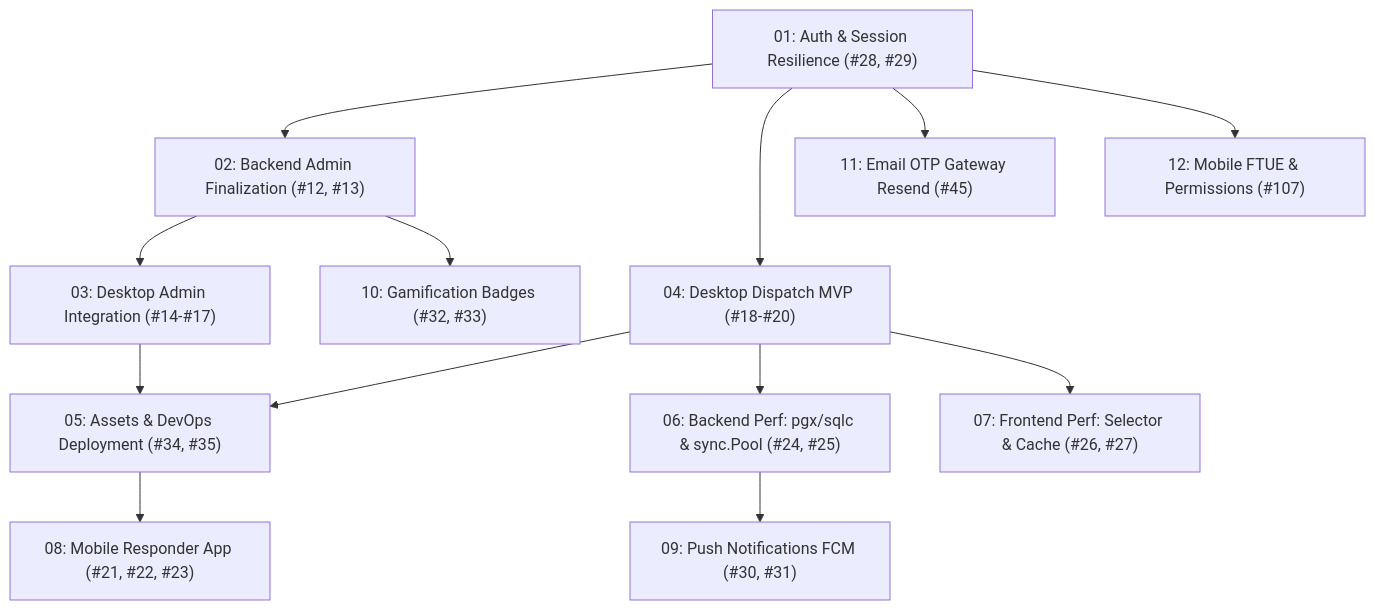
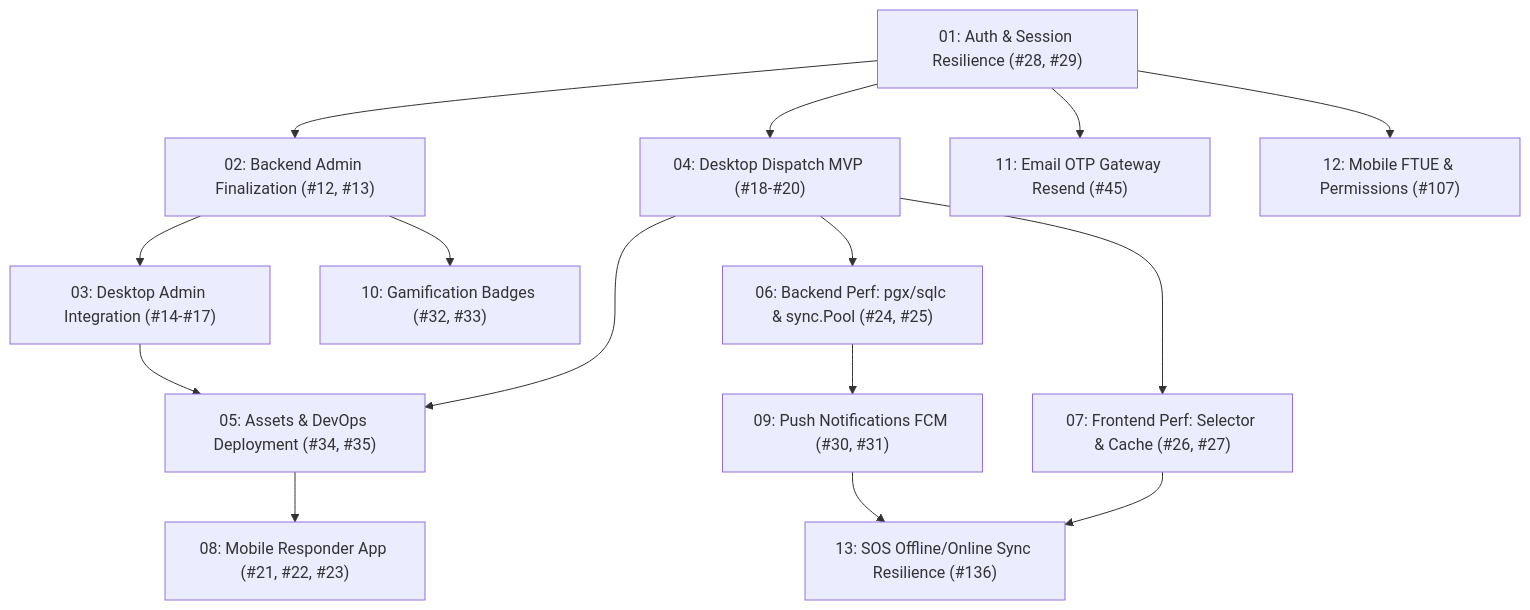
Before and after one commit to fadhlur-alaudin86/SiagaKita: the diagram in .planning/README.md, drawn with Mermaid. The commit also changed other lines of this file and 1 other file, not shown here.

Commit message:
docs(planning): add plan 13 for SOS offline-online sync resilience (#141)
Document architectural roadmap, state machine edge cases, offline cancellation purge, and volume storage hygiene under Epic #136.

````diff
--- a/.planning/README.md
+++ b/.planning/README.md
@@ -12,15 +12,17 @@
 ```mermaid
 graph TD
     P1["01: Auth & Session Resilience (#28, #29)"] --> P2["02: Backend Admin Finalization (#12, #13)"]
     P2 --> P3["03: Desktop Admin Integration (#14-#17)"]
     P1 --> P4["04: Desktop Dispatch MVP (#18-#20)"]
     P3 --> P5["05: Assets & DevOps Deployment (#34, #35)"]
     P4 --> P5
     P4 --> P6["06: Backend Perf: pgx/sqlc & sync.Pool (#24, #25)"]
     P4 --> P7["07: Frontend Perf: Selector & Cache (#26, #27)"]
     P5 --> P8["08: Mobile Responder App (#21, #22, #23)"]
     P6 --> P9["09: Push Notifications FCM (#30, #31)"]
     P2 --> P10["10: Gamification Badges (#32, #33)"]
     P1 --> P11["11: Email OTP Gateway Resend (#45)"]
     P1 --> P12["12: Mobile FTUE & Permissions (#107)"]
+    P7 --> P13["13: SOS Offline/Online Sync Resilience (#136)"]
+    P9 --> P13
 ```
````
